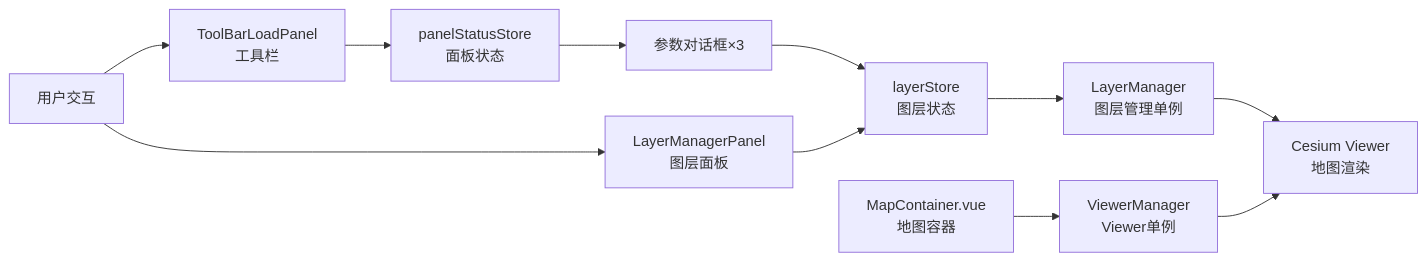
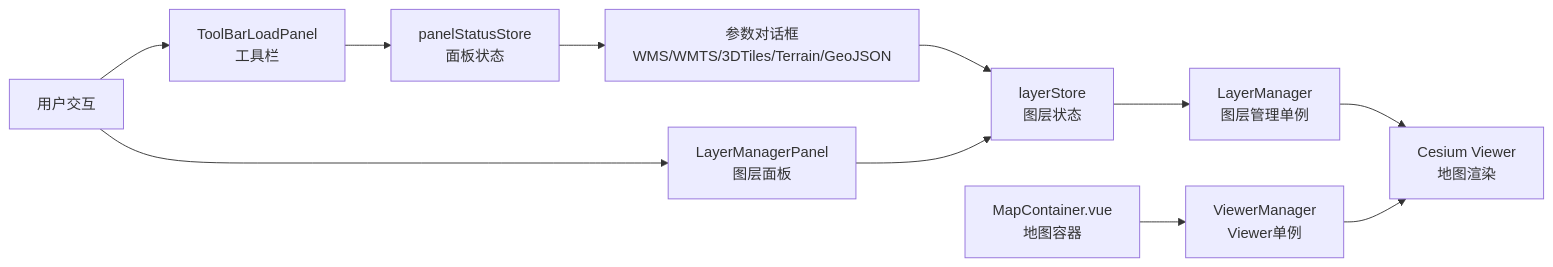
One commit to zheyi420/GeoDataVis changed the first of 2 diagrams in .cursor/rules/tech-architecture.mdc. Above: the diagram before and after it, drawn with Mermaid. The commit also changed other lines of this file and 6 other files, not shown here.

````diff
--- a/.cursor/rules/tech-architecture.mdc
+++ b/.cursor/rules/tech-architecture.mdc
@@ -87,20 +100,20 @@
 ```mermaid
 graph LR
     User[用户交互]
     
     User --> Toolbar[ToolBarLoadPanel<br/>工具栏]
     User --> LayerPanel[LayerManagerPanel<br/>图层面板]
     
     Toolbar --> PanelStore[panelStatusStore<br/>面板状态]
-    PanelStore --> Dialogs[参数对话框×3]
+    PanelStore --> Dialogs[参数对话框<br/>WMS/WMTS/3DTiles/Terrain/GeoJSON]
     
     Dialogs --> LayerStore[layerStore<br/>图层状态]
     LayerStore --> LayerMgr[LayerManager<br/>图层管理单例]
     
     LayerPanel --> LayerStore
     
     LayerMgr --> Viewer[Cesium Viewer<br/>地图渲染]
     ViewerMgr[ViewerManager<br/>Viewer单例] --> Viewer
     
     MapContainer[MapContainer.vue<br/>地图容器] --> ViewerMgr
 ```
````
